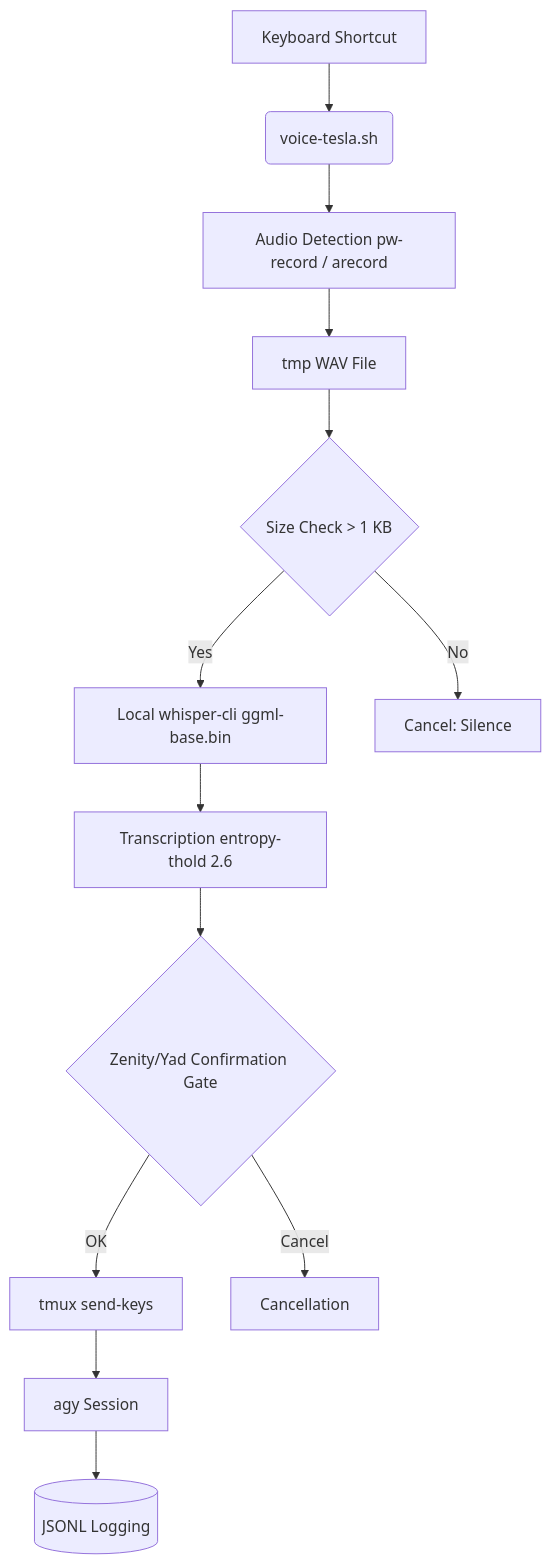
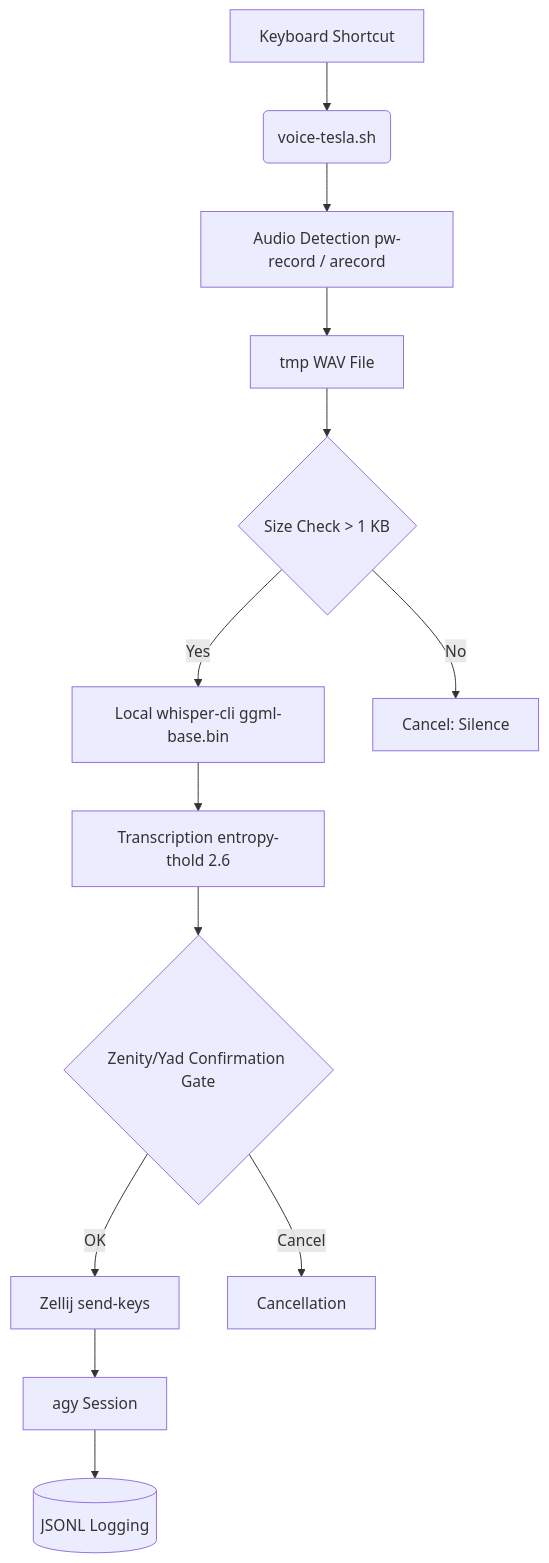
Before and after one commit to lordmahonheim-bot/Tesla-Antigravity-CLI: the diagram in 35-Voice-Tesla/README.md, drawn with Mermaid. The commit also changed other lines of this file and 3 other files, not shown here.

Commit message:
refactor(voice-tesla): migrate from tmux to zellij

````diff
--- a/35-Voice-Tesla/README.md
+++ b/35-Voice-Tesla/README.md
@@ -42,15 +42,15 @@
 ```mermaid
 flowchart TD
     A[Keyboard Shortcut] --> B(voice-tesla.sh)
     B --> C[Audio Detection pw-record / arecord]
     C --> D[tmp WAV File]
     D --> E{Size Check > 1 KB}
     E -->|Yes| F[Local whisper-cli ggml-base.bin]
     E -->|No| Z[Cancel: Silence]
     F --> G[Transcription entropy-thold 2.6]
     G --> H{Zenity/Yad Confirmation Gate}
-    H -->|OK| I[tmux send-keys]
+    H -->|OK| I[Zellij send-keys]
     H -->|Cancel| Y[Cancellation]
     I --> J[agy Session]
     J --> K[(JSONL Logging)]
 ```
````
